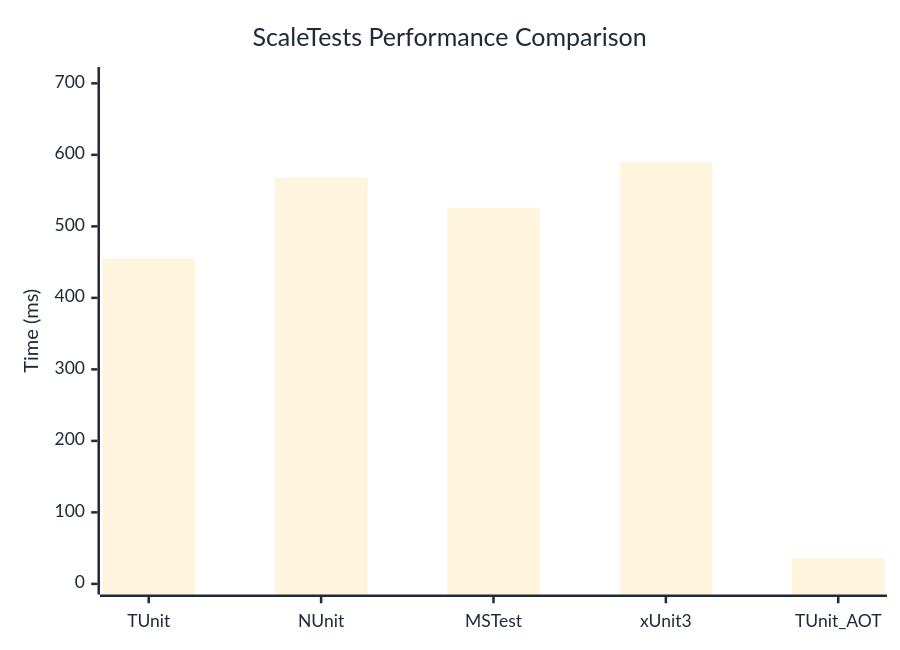
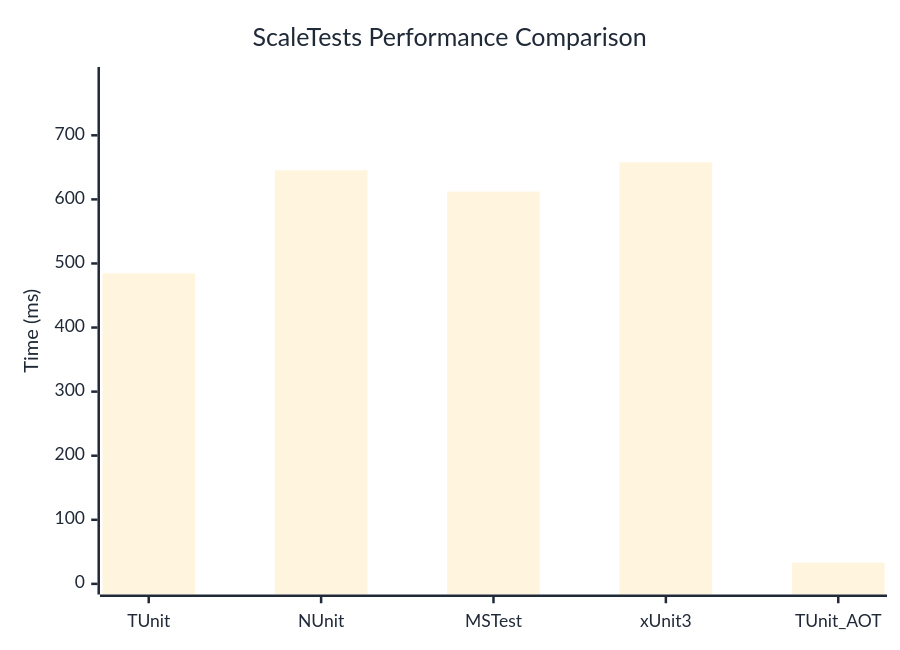
The diagram in docs/docs/benchmarks/ScaleTests.md (thomhurst/TUnit), drawn with Mermaid before and after one commit. The commit also changed other lines of this file and 17 other files, not shown here.

````diff
--- a/docs/docs/benchmarks/ScaleTests.md
+++ b/docs/docs/benchmarks/ScaleTests.md
@@ -27,37 +27,37 @@
 ```mermaid
 %%{init: {
   'theme':'base',
   'themeVariables': {
     'primaryColor': '#2563eb',
     'primaryTextColor': '#1f2937',
     'primaryBorderColor': '#1e40af',
     'lineColor': '#6b7280',
     'secondaryColor': '#7c3aed',
     'tertiaryColor': '#dc2626',
     'background': '#ffffff',
     'mainBkg': '#2563eb',
     'secondBkg': '#7c3aed',
     'tertiaryBkg': '#dc2626',
     'clusterBkg': '#f3f4f6',
     'edgeLabelBackground': '#ffffff',
     'tertiaryTextColor': '#1f2937',
     'pie1': '#2563eb',
     'pie2': '#7c3aed',
     'pie3': '#dc2626',
     'pie4': '#f59e0b',
     'pie5': '#10b981',
     'pie6': '#06b6d4',
     'pie7': '#ec4899',
     'pie8': '#6366f1',
     'pie9': '#84cc16',
     'pie10': '#f97316',
     'pie11': '#14b8a6',
     'pie12': '#a855f7'
   }
 }}%%
 xychart-beta
   title "ScaleTests Performance Comparison"
   x-axis ["TUnit", "NUnit", "MSTest", "xUnit3", "TUnit_AOT"]
-  y-axis "Time (ms)" 0 --> 708
-  bar [455.16, 568.17, 526.13, 589.61, 36.02]
+  y-axis "Time (ms)" 0 --> 790
+  bar [484.64, 645.44, 612.08, 657.96, 32.98]
 ```
````
